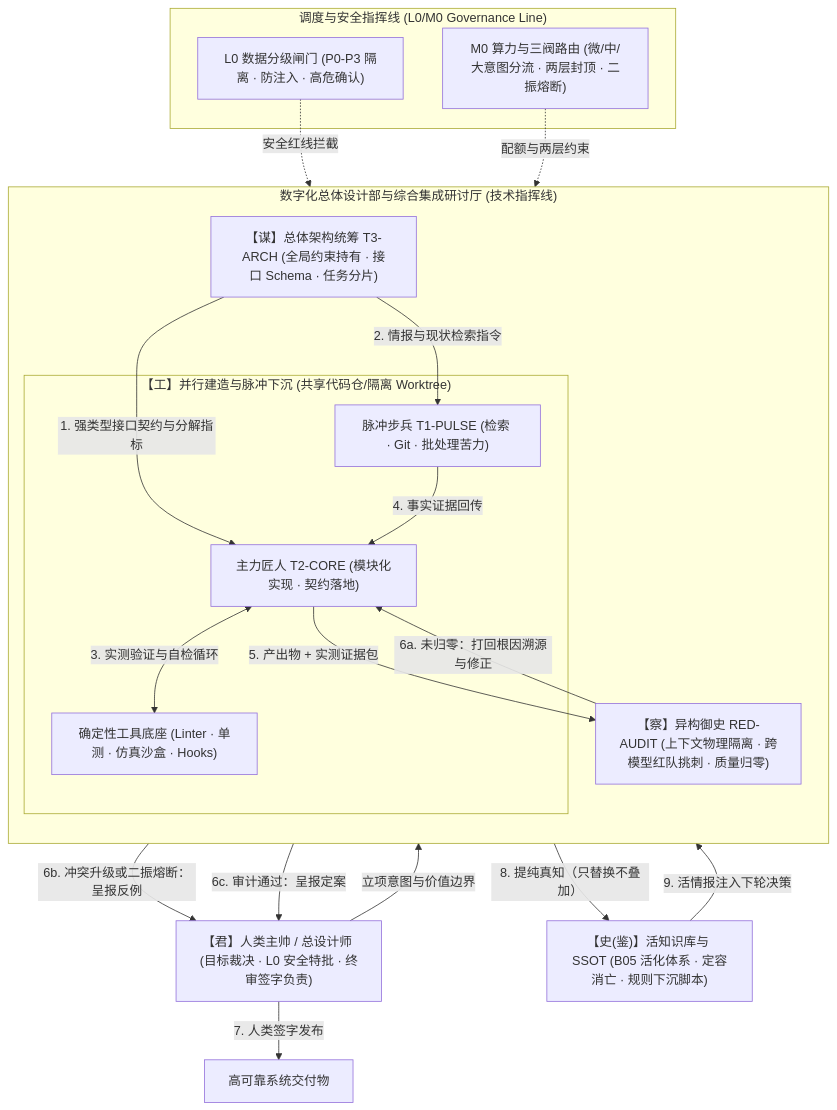
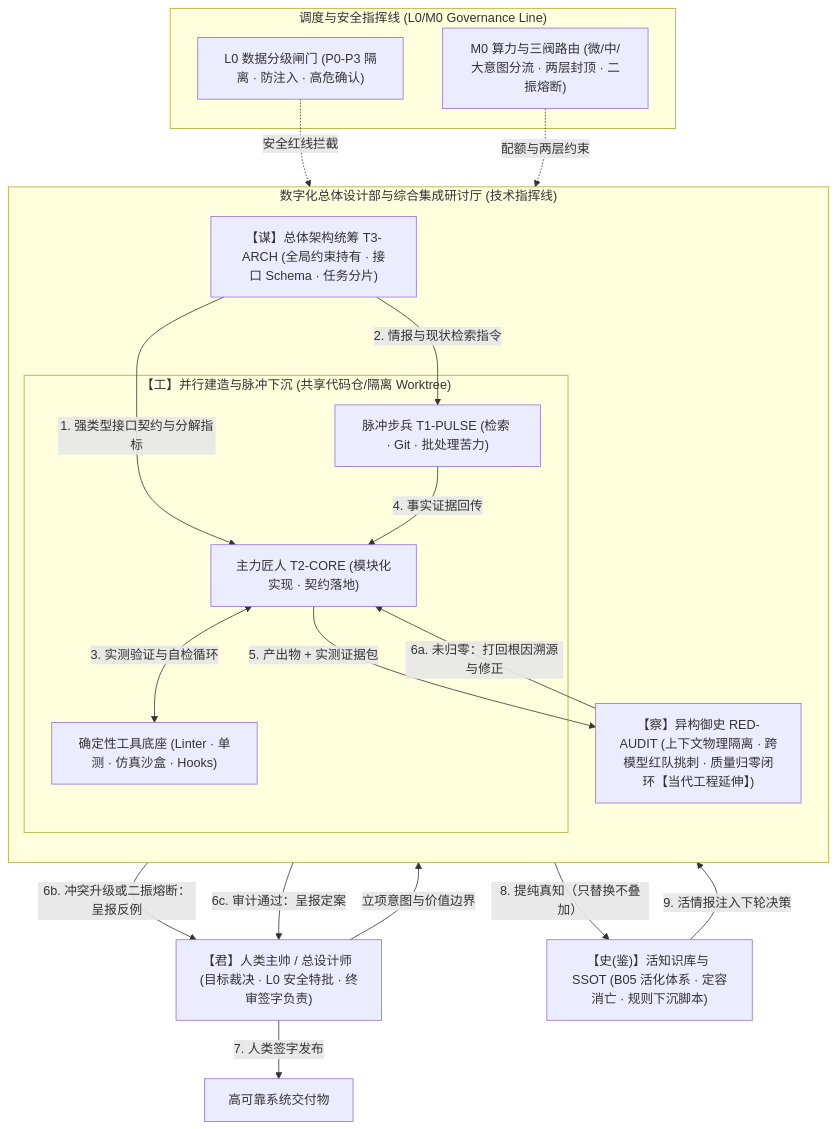
The diagram in 06_AI时代新组织系统探索_从综合集成研讨厅到人机智协同/02_AI时代的钱学森范式_弱单元强系统与多Agent总体设计部架构.md (wole278/Research-on-Systems-Engineering-by-Qian-Xuesen), drawn with Mermaid before and after one commit. The commit also changed other lines of this file and 15 other files, not shown here.

````diff
--- a/06_AI时代新组织系统探索_从综合集成研讨厅到人机智协同/02_AI时代的钱学森范式_弱单元强系统与多Agent总体设计部架构.md
+++ b/06_AI时代新组织系统探索_从综合集成研讨厅到人机智协同/02_AI时代的钱学森范式_弱单元强系统与多Agent总体设计部架构.md
@@ -135,38 +139,38 @@
 ```mermaid
 flowchart TB
     J["【君】人类主帅 / 总设计师 (目标裁决 · L0 安全特批 · 终审签字负责)"]
 
     subgraph G["调度与安全指挥线 (L0/M0 Governance Line)"]
         G1["L0 数据分级闸门 (P0-P3 隔离 · 防注入 · 高危确认)"]
         G2["M0 算力与三阀路由 (微/中/大意图分流 · 两层封顶 · 二振熔断)"]
     end
 
     subgraph M_HALL["数字化总体设计部与综合集成研讨厅 (技术指挥线)"]
         direction TB
         M["【谋】总体架构统筹 T3-ARCH (全局约束持有 · 接口 Schema · 任务分片)"]
         subgraph W["【工】并行建造与脉冲下沉 (共享代码仓/隔离 Worktree)"]
             W1["主力匠人 T2-CORE (模块化实现 · 契约落地)"]
             W2["脉冲步兵 T1-PULSE (检索 · Git · 批处理苦力)"]
             W3["确定性工具底座 (Linter · 单测 · 仿真沙盒 · Hooks)"]
         end
-        C["【察】异构御史 RED-AUDIT (上下文物理隔离 · 跨模型红队挑刺 · 质量归零)"]
+        C["【察】异构御史 RED-AUDIT (上下文物理隔离 · 跨模型红队挑刺 · 质量归零闭环【当代工程延伸】)"]
     end
 
     S["【史(鉴)】活知识库与 SSOT (B05 活化体系 · 定容消亡 · 规则下沉脚本)"]
 
     J -->|"立项意图与价值边界"| M
     G1 -.->|"安全红线拦截"| W
     G2 -.->|"配额与两层约束"| M_HALL
 
     M -->|"1. 强类型接口契约与分解指标"| W1
     M -->|"2. 情报与现状检索指令"| W2
     W1 <-->|"3. 实测验证与自检循环"| W3
     W2 -->|"4. 事实证据回传"| W1
     W1 -->|"5. 产出物 + 实测证据包"| C
     C -->|"6a. 未归零：打回根因溯源与修正"| W1
     C -->|"6b. 冲突升级或二振熔断：呈报反例"| J
     C -->|"6c. 审计通过：呈报定案"| J
     J -->|"7. 人类签字发布"| OUT["高可靠系统交付物"]
     C -->|"8. 提纯真知（只替换不叠加）"| S
     S -->|"9. 活情报注入下轮决策"| M
 ```
````
